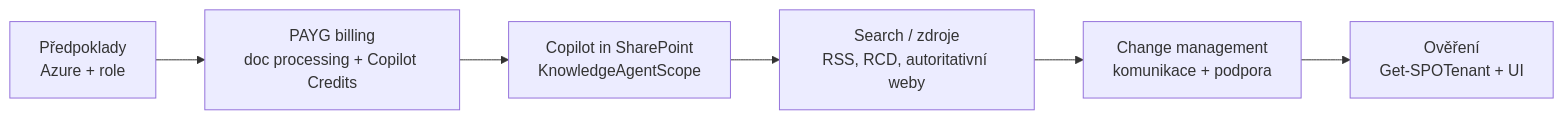
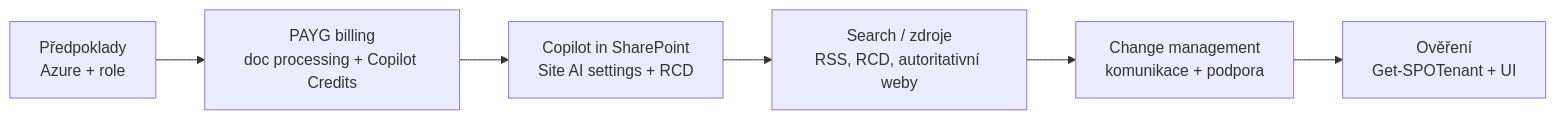
One commit to MalasekPetr/gopas-goc224 changed the diagram in day-2/configuration/README.md. Above: the diagram before and after it, drawn with Mermaid. The commit also changed other lines of this file and 60 other files, not shown here.

First line of the commit message:
Update course for new Copilot, Copilot in SharePoint GA and usage-based billing

````diff
--- a/day-2/configuration/README.md
+++ b/day-2/configuration/README.md
@@ -63,8 +74,8 @@
 ```mermaid
 flowchart LR
   A[Předpoklady<br>Azure + role] --> B[PAYG billing<br>doc processing + Copilot Credits]
-  B --> C[Copilot in SharePoint<br>KnowledgeAgentScope]
+  B --> C[Copilot in SharePoint<br>Site AI settings + RCD]
   C --> D[Search / zdroje<br>RSS, RCD, autoritativní weby]
   D --> E[Change management<br>komunikace + podpora]
   E --> F[Ověření<br>Get-SPOTenant + UI]
 ```
````
